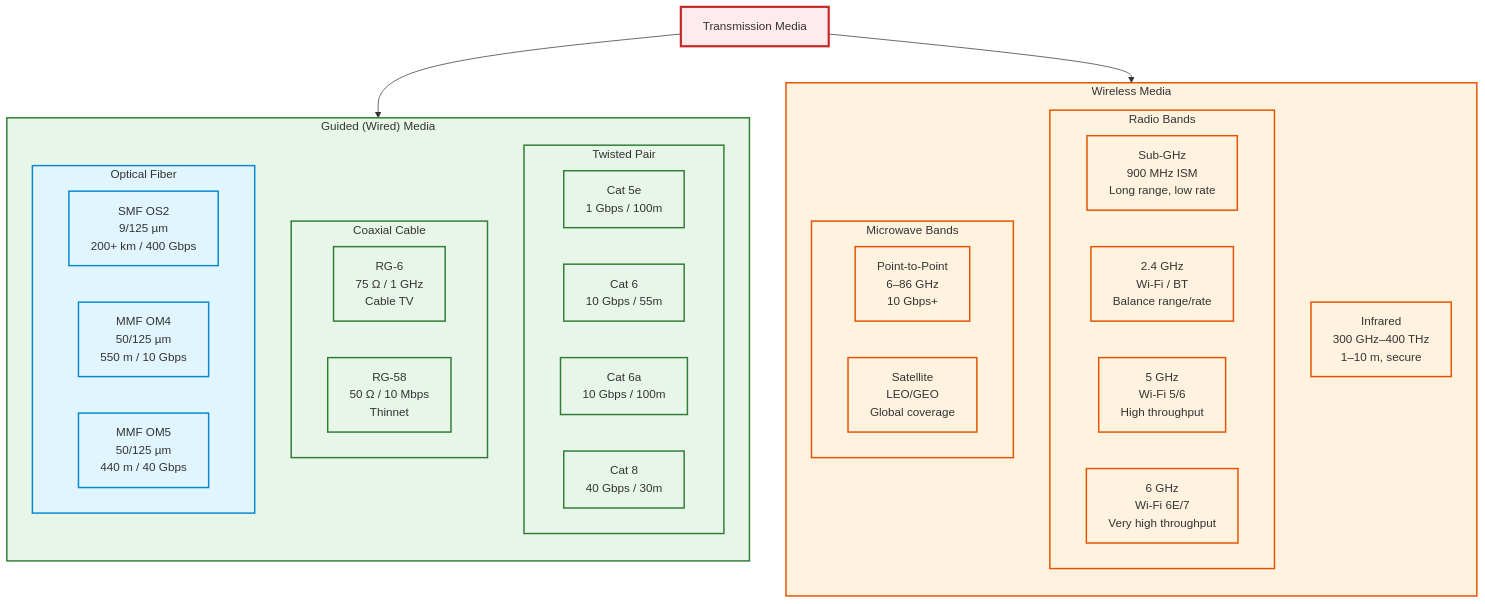
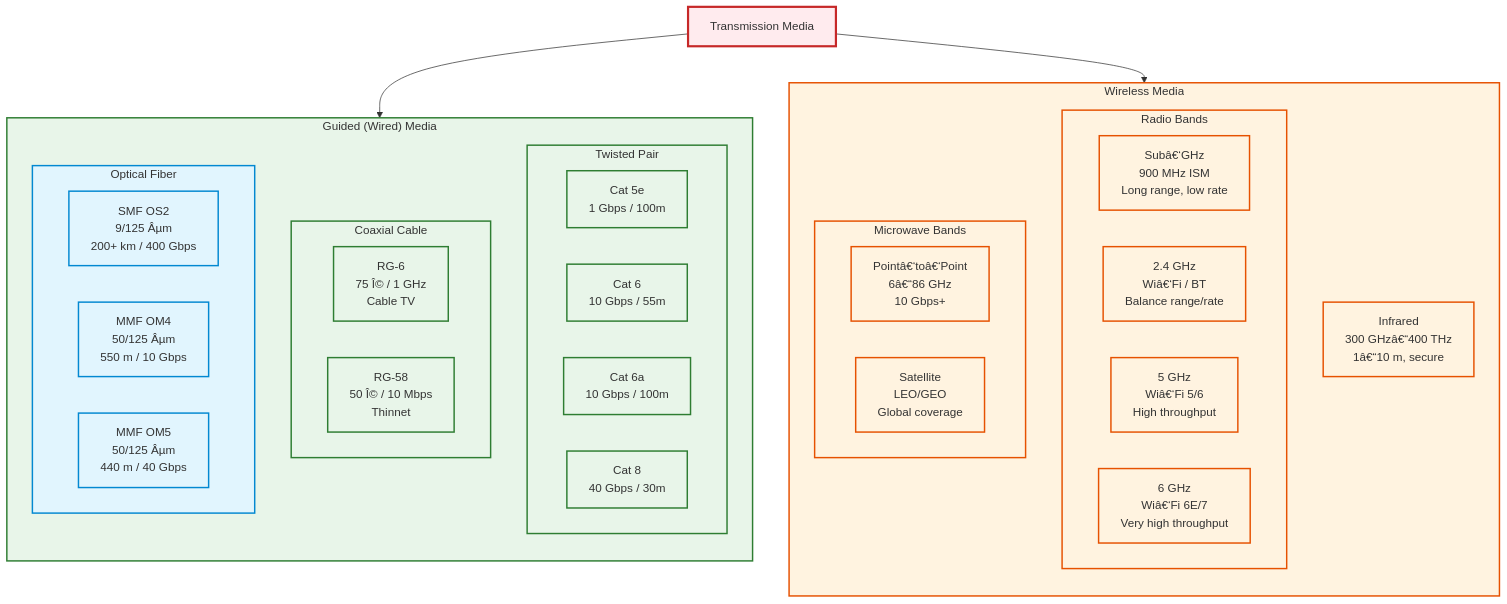
The third of 4 diagrams in docs/courses/computer-networks/02-physical-layer.md (Raushan666java/ai-engineering-journey), drawn with Mermaid before and after one commit. The commit also changed other lines of this file and 735 other files, not shown here.

````diff
--- a/docs/courses/computer-networks/02-physical-layer.md
+++ b/docs/courses/computer-networks/02-physical-layer.md
@@ -124,50 +124,50 @@
 ```mermaid
 flowchart TB
     subgraph Guided["Guided (Wired) Media"]
         direction TB
         subgraph TP["Twisted Pair"]
             TPCat5["Cat 5e<br/>1 Gbps / 100m"]
             TPCat6["Cat 6<br/>10 Gbps / 55m"]
             TPCat6a["Cat 6a<br/>10 Gbps / 100m"]
             TPCat8["Cat 8<br/>40 Gbps / 30m"]
         end
         subgraph Coax["Coaxial Cable"]
-            RG6["RG-6<br/>75 Ω / 1 GHz<br/>Cable TV"]
-            RG58["RG-58<br/>50 Ω / 10 Mbps<br/>Thinnet"]
+            RG6["RG-6<br/>75 Î© / 1 GHz<br/>Cable TV"]
+            RG58["RG-58<br/>50 Î© / 10 Mbps<br/>Thinnet"]
         end
         subgraph Fiber["Optical Fiber"]
-            SMF["SMF OS2<br/>9/125 µm<br/>200+ km / 400 Gbps"]
-            MMF_OM4["MMF OM4<br/>50/125 µm<br/>550 m / 10 Gbps"]
-            MMF_OM5["MMF OM5<br/>50/125 µm<br/>440 m / 40 Gbps"]
+            SMF["SMF OS2<br/>9/125 Âµm<br/>200+ km / 400 Gbps"]
+            MMF_OM4["MMF OM4<br/>50/125 Âµm<br/>550 m / 10 Gbps"]
+            MMF_OM5["MMF OM5<br/>50/125 Âµm<br/>440 m / 40 Gbps"]
         end
     end
 
     subgraph Wireless["Wireless Media"]
         direction TB
         subgraph RadioBand["Radio Bands"]
-            SubGHz["Sub‑GHz<br/>900 MHz ISM<br/>Long range, low rate"]
-            WiFi24["2.4 GHz<br/>Wi‑Fi / BT<br/>Balance range/rate"]
-            WiFi5["5 GHz<br/>Wi‑Fi 5/6<br/>High throughput"]
-            WiFi6["6 GHz<br/>Wi‑Fi 6E/7<br/>Very high throughput"]
+            SubGHz["Subâ€‘GHz<br/>900 MHz ISM<br/>Long range, low rate"]
+            WiFi24["2.4 GHz<br/>Wiâ€‘Fi / BT<br/>Balance range/rate"]
+            WiFi5["5 GHz<br/>Wiâ€‘Fi 5/6<br/>High throughput"]
+            WiFi6["6 GHz<br/>Wiâ€‘Fi 6E/7<br/>Very high throughput"]
         end
         subgraph MWBand["Microwave Bands"]
-            PtP["Point‑to‑Point<br/>6–86 GHz<br/>10 Gbps+"]
+            PtP["Pointâ€‘toâ€‘Point<br/>6â€“86 GHz<br/>10 Gbps+"]
             Sat["Satellite<br/>LEO/GEO<br/>Global coverage"]
         end
-        IRBand["Infrared<br/>300 GHz–400 THz<br/>1–10 m, secure"]
+        IRBand["Infrared<br/>300 GHzâ€“400 THz<br/>1â€“10 m, secure"]
     end
 
     Media["Transmission Media"] --> Guided
     Media --> Wireless
 
     classDef gui fill:#e8f5e9,stroke:#2e7d32,stroke-width:2px
     classDef ungu fill:#fff3e0,stroke:#e65100,stroke-width:2px
     classDef fiber fill:#e1f5fe,stroke:#0288d1,stroke-width:2px
     classDef radio fill:#f3e5f5,stroke:#7b1fa2,stroke-width:2px
     classDef root fill:#ffebee,stroke:#c62828,stroke-width:3px
 
     class Guided,TP,TPCat5,TPCat6,TPCat6a,TPCat8,Coax,RG6,RG58 gui
     class Fiber,SMF,MMF_OM4,MMF_OM5 fiber
     class Wireless,RadioBand,SubGHz,WiFi24,WiFi5,WiFi6,MWBand,PtP,Sat,IRBand ungu
     class Media root
 ```
````
